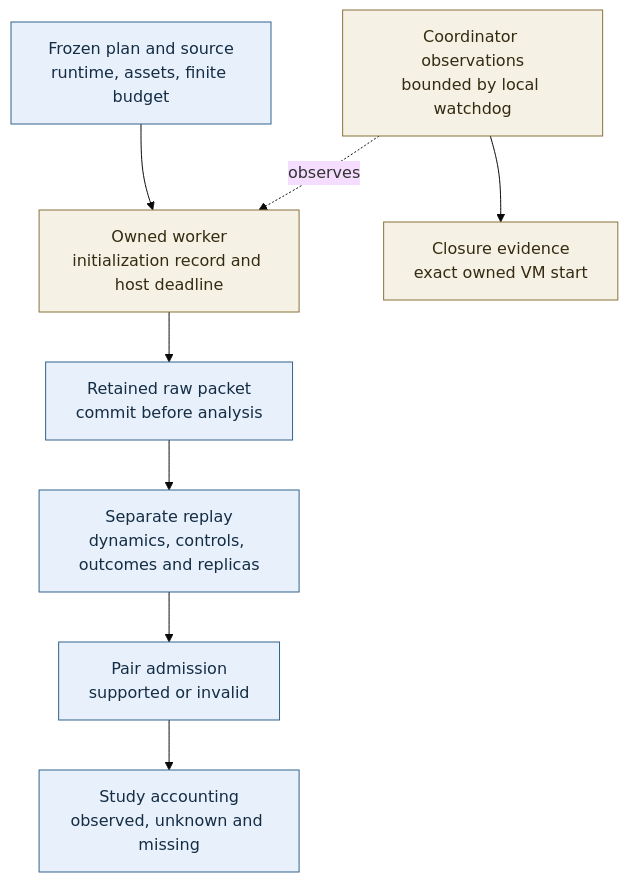
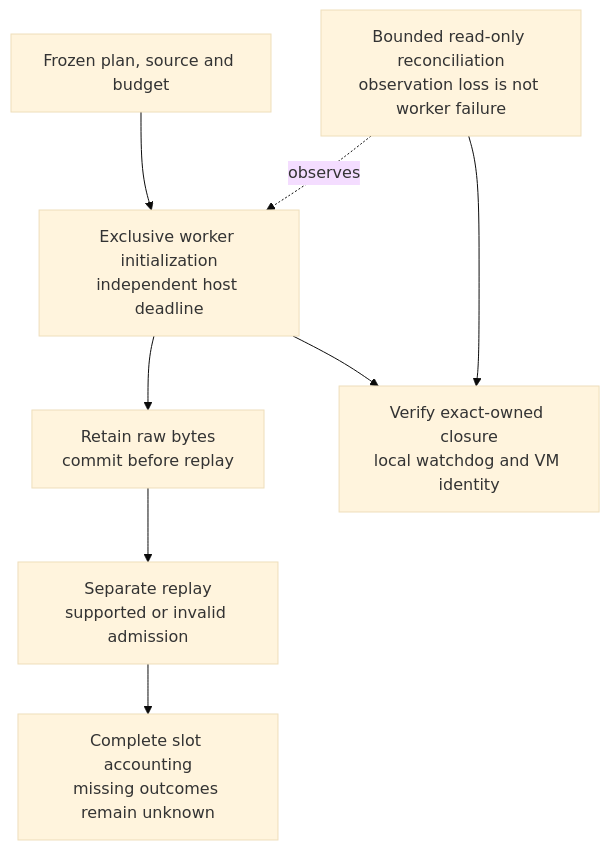
The third of 4 diagrams in docs/ARCHITECTURE.md (manfromnowhere143/sentinel), drawn with Mermaid (base theme) before and after one commit. The commit also changed other lines of this file and 60 other files, not shown here.

Commit message:
docs: refine Sentinel narrative and diagrams through Iter155

````diff
--- a/docs/ARCHITECTURE.md
+++ b/docs/ARCHITECTURE.md
@@ -112,14 +118,12 @@
 ```mermaid
 flowchart TB
-  P["Frozen plan and source<br/>runtime, assets, finite budget"] --> W["Owned worker<br/>initialization record and host deadline"]
-  W --> R["Retained raw packet<br/>commit before analysis"]
-  R --> V["Separate replay<br/>dynamics, controls, outcomes and replicas"]
-  V --> A["Pair admission<br/>supported or invalid"]
-  A --> G["Study accounting<br/>observed, unknown and missing"]
-  O["Coordinator observations<br/>bounded by local watchdog"] -. observes .-> W
-  O --> C["Closure evidence<br/>exact owned VM start"]
-  classDef evidence fill:#e8f1fb,stroke:#32628c,color:#142d45;
-  classDef control fill:#f5f1e5,stroke:#89733a,color:#352b12;
-  class P,R,V,A,G evidence;
-  class W,O,C control;
+  accTitle: Execution, observation and admission through Iter152
+  accDescr: Observation loss is reconciled within fixed bounds. Raw evidence precedes replay; admission and exact-owned resource closure are separate checks.
+  P["Frozen plan, source and budget"] --> W["Exclusive worker initialization<br/>independent host deadline"]
+  W --> R["Retain raw bytes<br/>commit before replay"]
+  R --> V["Separate replay<br/>supported or invalid admission"]
+  V --> G["Complete slot accounting<br/>missing outcomes remain unknown"]
+  O["Bounded read-only reconciliation<br/>observation loss is not worker failure"] -. observes .-> W
+  O --> C["Verify exact-owned closure<br/>local watchdog and VM identity"]
+  W --> C
 ```
````
